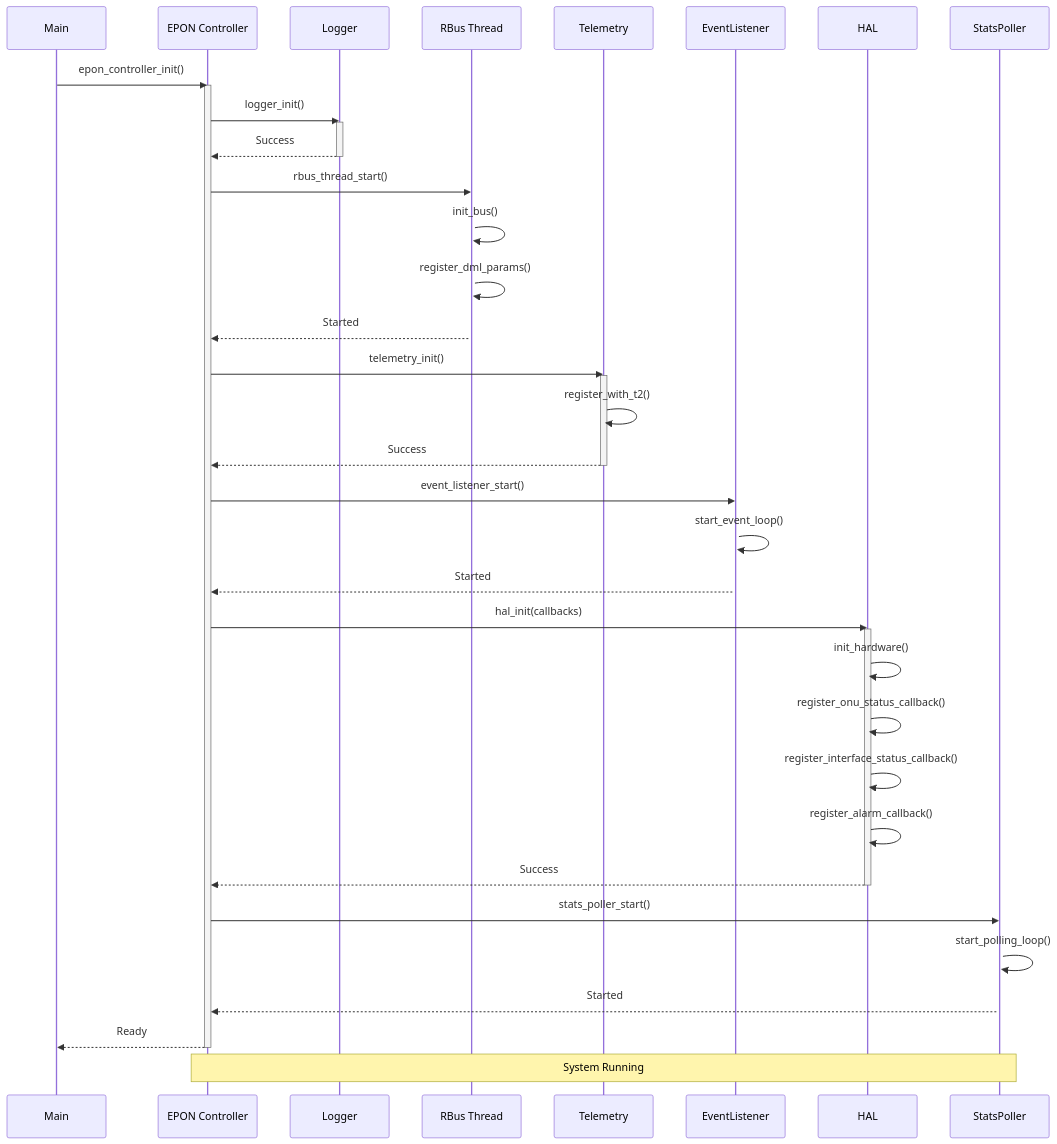
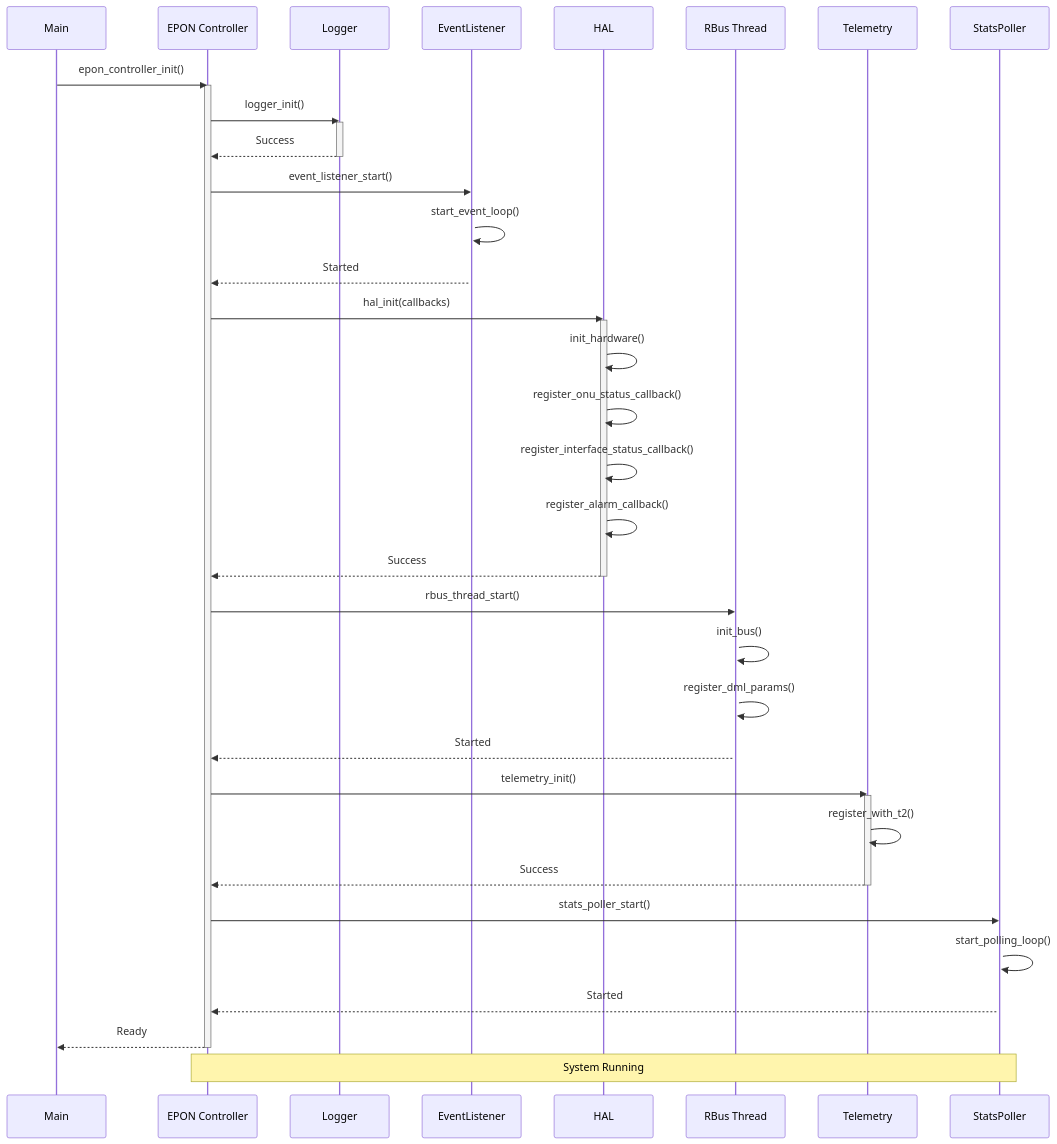
One commit to rdkcentral/epon-manager changed the first of 10 diagrams in design_docs/04_Sequence_Diagrams.md. Above: the diagram before and after it, drawn with Mermaid. The commit also changed other lines of this file and 1 other file, not shown here.

Commit message:
refactor: Update sequence diagrams to improve clarity and structure

````diff
--- a/design_docs/04_Sequence_Diagrams.md
+++ b/design_docs/04_Sequence_Diagrams.md
@@ -5,55 +5,55 @@
 ```mermaid
 sequenceDiagram
     participant Main
     participant Controller as EPON Controller
     participant Logger
+    participant EventListener
+    participant HAL
     participant RBus as RBus Thread
     participant Telemetry
-    participant EventListener
-    participant HAL
     participant StatsPoller
     
     Main->>Controller: epon_controller_init()
     activate Controller
     
     Controller->>Logger: logger_init()
     activate Logger
     Logger-->>Controller: Success
     deactivate Logger
-    
-    Controller->>RBus: rbus_thread_start()
-    activate RBus
-    RBus->>RBus: init_bus()
-    RBus->>RBus: register_dml_params()
-    RBus-->>Controller: Started
-    
-    Controller->>Telemetry: telemetry_init()
-    activate Telemetry
-    Telemetry->>Telemetry: register_with_t2()
-    Telemetry-->>Controller: Success
-    deactivate Telemetry
     
     Controller->>EventListener: event_listener_start()
     activate EventListener
     EventListener->>EventListener: start_event_loop()
     EventListener-->>Controller: Started
     
     Controller->>HAL: hal_init(callbacks)
     activate HAL
     HAL->>HAL: init_hardware()
     HAL->>HAL: register_onu_status_callback()
     HAL->>HAL: register_interface_status_callback()
     HAL->>HAL: register_alarm_callback()
     HAL-->>Controller: Success
     deactivate HAL
     
+    Controller->>RBus: rbus_thread_start()
+    activate RBus
+    RBus->>RBus: init_bus()
+    RBus->>RBus: register_dml_params()
+    RBus-->>Controller: Started
+    
+    Controller->>Telemetry: telemetry_init()
+    activate Telemetry
+    Telemetry->>Telemetry: register_with_t2()
+    Telemetry-->>Controller: Success
+    deactivate Telemetry
+    
     Controller->>StatsPoller: stats_poller_start()
     activate StatsPoller
     StatsPoller->>StatsPoller: start_polling_loop()
     StatsPoller-->>Controller: Started
     
     Controller-->>Main: Ready
     deactivate Controller
     
     Note over Controller,StatsPoller: System Running
 ```
````
